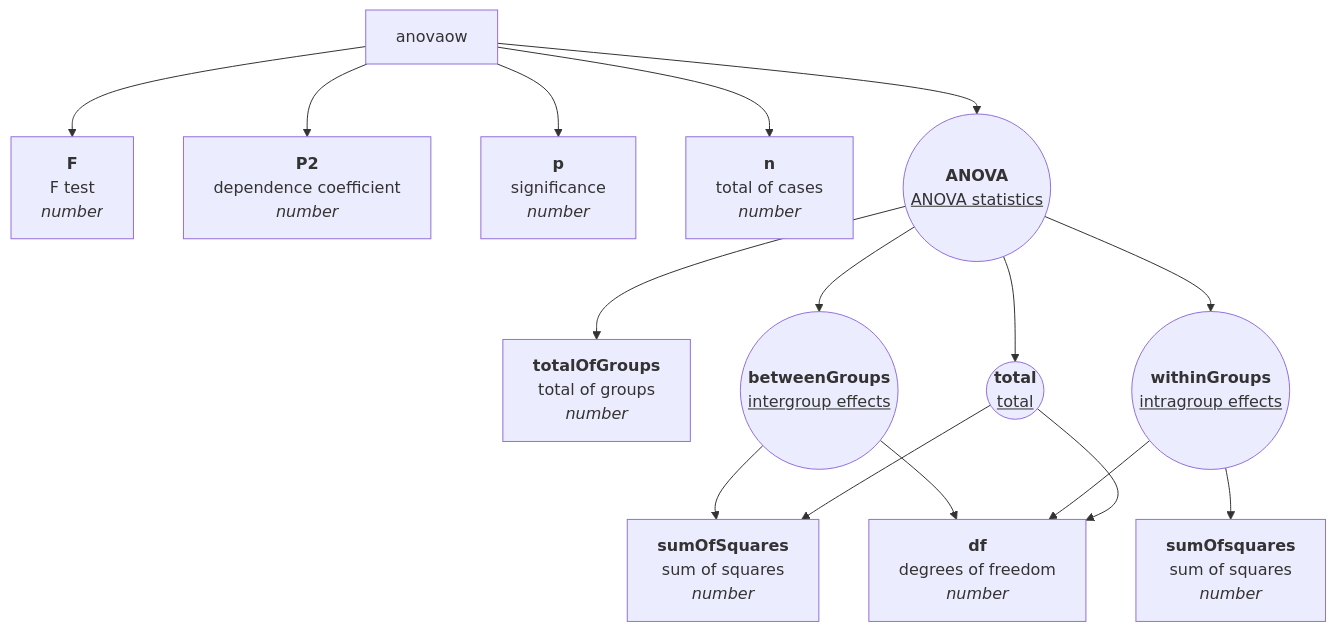
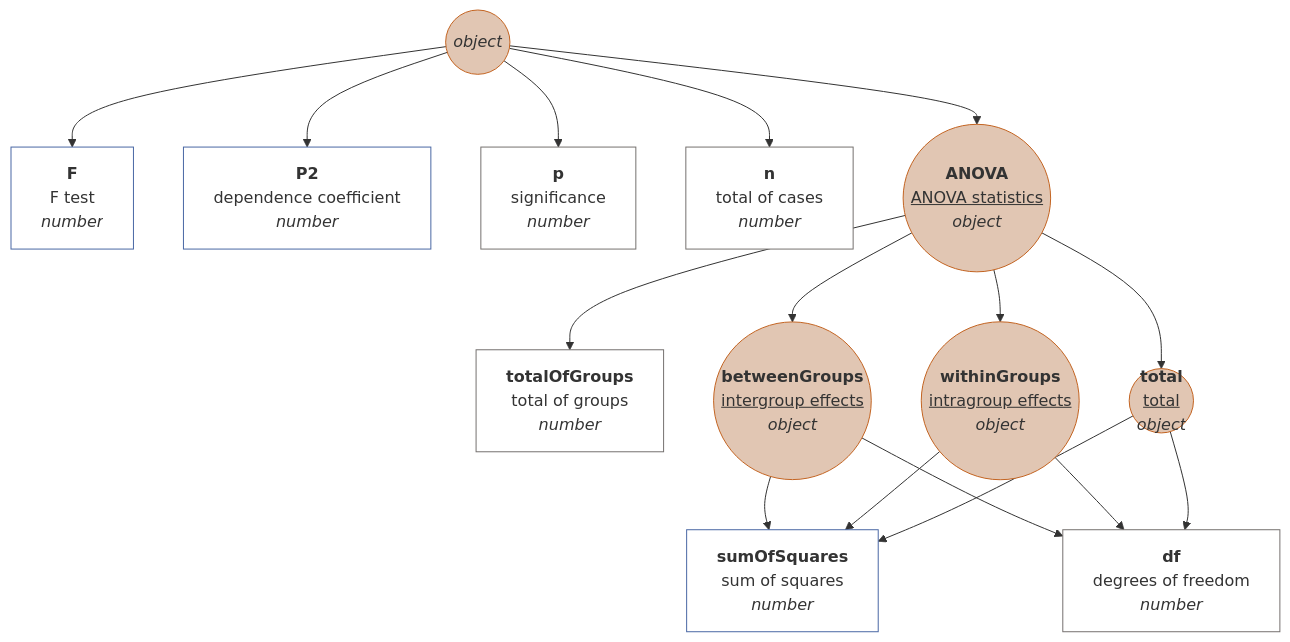
The seventh of 13 diagrams in docs/en-GB/matrix.md (muzikp/retusa), drawn with Mermaid before and after one commit. The commit also changed other lines of this file and 17 other files, not shown here.

````diff
--- a/docs/en-GB/matrix.md
+++ b/docs/en-GB/matrix.md
@@ -294,19 +329,56 @@
 ```mermaid
 graph TD
+anovaow((<i>object</i>))
+style anovaow fill:#E1C6B3;
+style anovaow stroke:#C36422;
 anovaow --> F[<b>F</b><br>F test <br><i>number</i>]
+style F fill:#FFFFFF;
+style F stroke:#4967A4;
 anovaow --> P2[<b>P2</b><br>dependence coefficient <br><i>number</i>]
+style P2 fill:#FFFFFF;
+style P2 stroke:#4967A4;
 anovaow --> p[<b>p</b><br>significance <br><i>number</i>]
+style p fill:#FFFFFF;
+style p stroke:#75716F;
 anovaow --> n[<b>n</b><br>total of cases <br><i>number</i>]
+style n fill:#FFFFFF;
+style n stroke:#75716F;
 anovaow --> ANOVA((<b>ANOVA</b><br><u>ANOVA statistics</u>))
+ANOVA((<b>ANOVA</b><br><u>ANOVA statistics</u><br><i>object</i>))
+style ANOVA fill:#E1C6B3;
+style ANOVA stroke:#C36422;
 ANOVA --> totalOfGroups[<b>totalOfGroups</b><br>total of groups <br><i>number</i>]
+style totalOfGroups fill:#FFFFFF;
+style totalOfGroups stroke:#75716F;
 ANOVA --> betweenGroups((<b>betweenGroups</b><br><u>intergroup effects</u>))
+betweenGroups((<b>betweenGroups</b><br><u>intergroup effects</u><br><i>object</i>))
+style betweenGroups fill:#E1C6B3;
+style betweenGroups stroke:#C36422;
 betweenGroups --> sumOfSquares[<b>sumOfSquares</b><br>sum of squares <br><i>number</i>]
+style sumOfSquares fill:#FFFFFF;
+style sumOfSquares stroke:#4967A4;
 betweenGroups --> df[<b>df</b><br>degrees of freedom <br><i>number</i>]
+style df fill:#FFFFFF;
+style df stroke:#75716F;
 ANOVA --> withinGroups((<b>withinGroups</b><br><u>intragroup effects</u>))
-withinGroups --> sumOfsquares[<b>sumOfsquares</b><br>sum of squares <br><i>number</i>]
+withinGroups((<b>withinGroups</b><br><u>intragroup effects</u><br><i>object</i>))
+style withinGroups fill:#E1C6B3;
+style withinGroups stroke:#C36422;
+withinGroups --> sumOfSquares[<b>sumOfSquares</b><br>sum of squares <br><i>number</i>]
+style sumOfSquares fill:#FFFFFF;
+style sumOfSquares stroke:#4967A4;
 withinGroups --> df[<b>df</b><br>degrees of freedom <br><i>number</i>]
+style df fill:#FFFFFF;
+style df stroke:#75716F;
 ANOVA --> total((<b>total</b><br><u>total</u>))
+total((<b>total</b><br><u>total</u><br><i>object</i>))
+style total fill:#E1C6B3;
+style total stroke:#C36422;
 total --> sumOfSquares[<b>sumOfSquares</b><br>sum of squares <br><i>number</i>]
+style sumOfSquares fill:#FFFFFF;
+style sumOfSquares stroke:#4967A4;
 total --> df[<b>df</b><br>degrees of freedom <br><i>number</i>]
+style df fill:#FFFFFF;
+style df stroke:#75716F;
 
 ```
````
